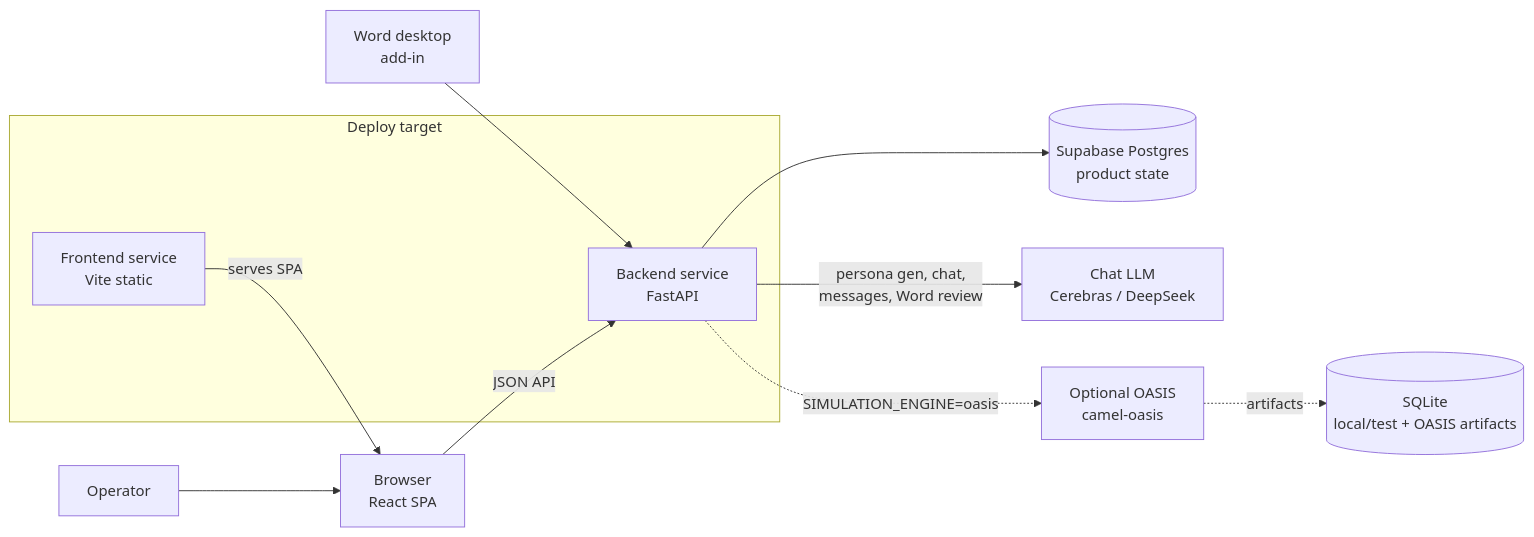
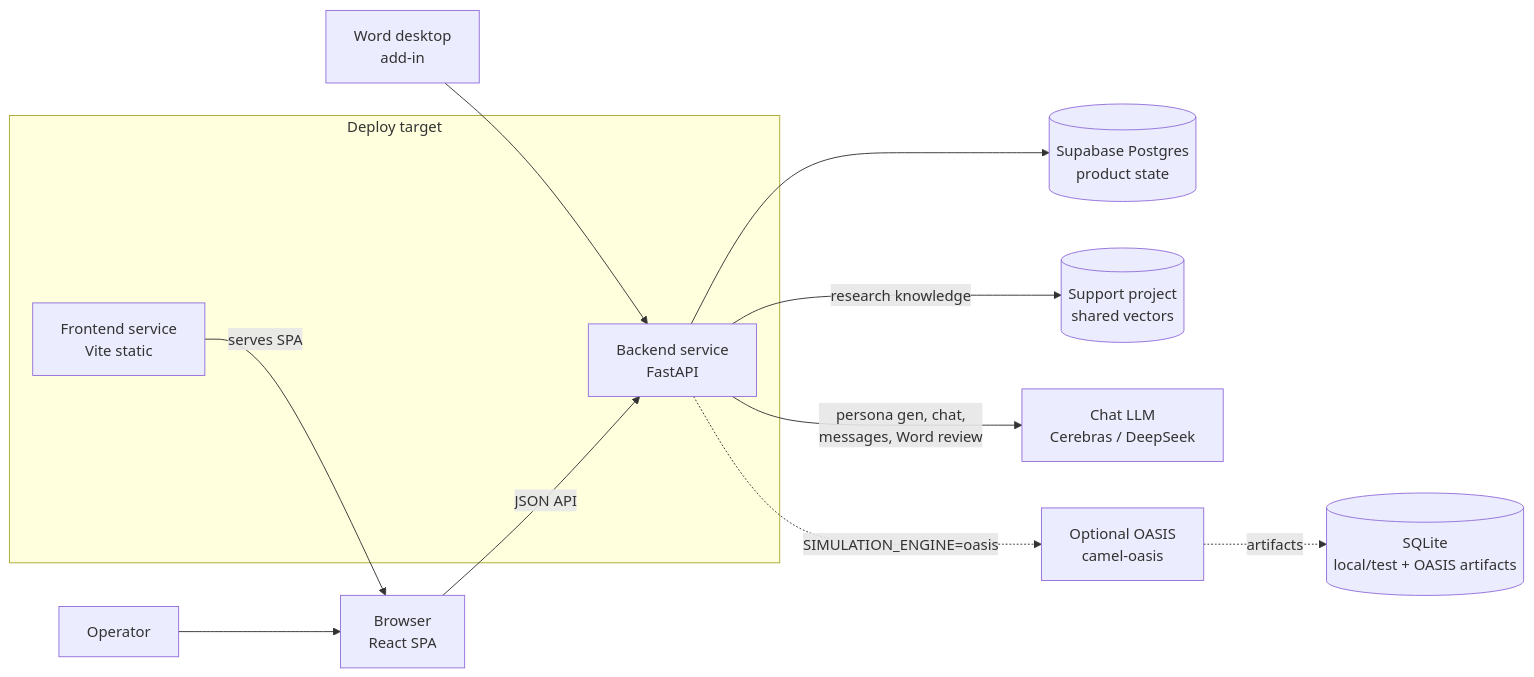
One commit to kajmund/socialism changed the diagram in docs/architecture.md. Above: the diagram before and after it, drawn with Mermaid. The commit also changed other lines of this file, not shown here.

Commit message:
Document shared knowledge project boundary

````diff
--- a/docs/architecture.md
+++ b/docs/architecture.md
@@ -11,22 +11,24 @@
 ```mermaid
 flowchart LR
     user[Operator] --> browser[Browser<br/>React SPA]
     word[Word desktop<br/>add-in] --> backend
 
     subgraph railway[Deploy target]
         frontend[Frontend service<br/>Vite static]
         backend[Backend service<br/>FastAPI]
     end
 
     postgres[(Supabase Postgres<br/>product state)]
+    knowledge[(Support project<br/>shared vectors)]
     sqlite[(SQLite<br/>local/test + OASIS artifacts)]
     chatllm[Chat LLM<br/>Cerebras / DeepSeek]
     oasis[Optional OASIS<br/>camel-oasis]
 
     frontend -->|serves SPA| browser
     browser -->|JSON API| backend
     backend --> postgres
+    backend -->|research knowledge| knowledge
     backend -->|persona gen, chat,<br/>messages, Word review| chatllm
     backend -.->|SIMULATION_ENGINE=oasis| oasis
     oasis -.->|artifacts| sqlite
 ```
````
